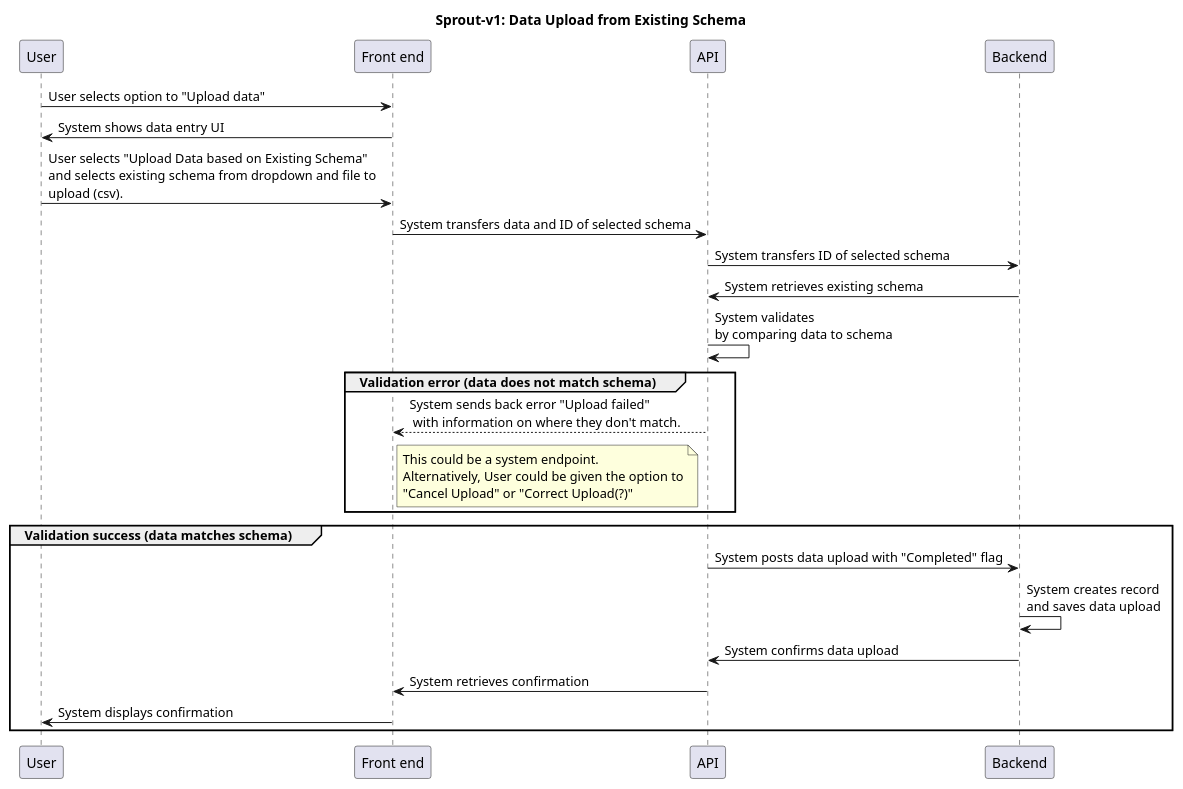
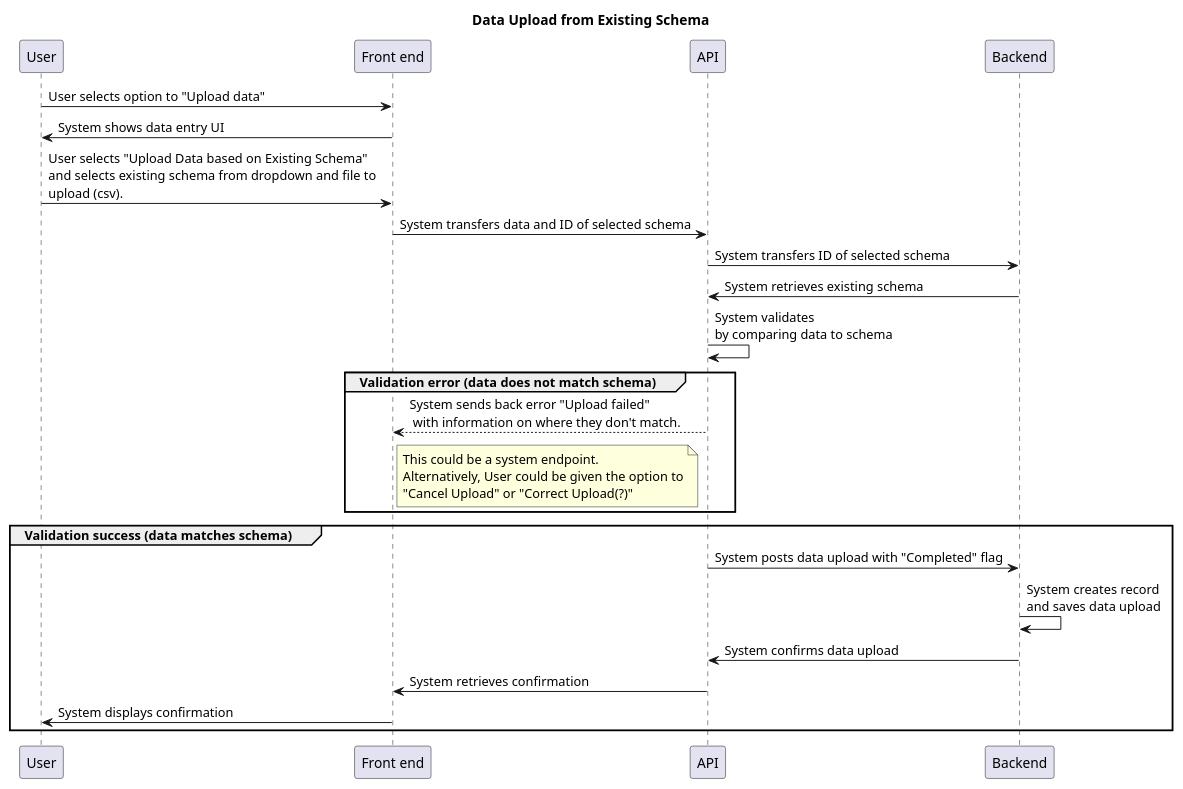
The diagram in docs/design/images/data-upload-sequence.puml (signekb/seedcase-sprout), drawn with PlantUML before and after one commit. The commit also changed 2 other files, not shown here.

```diff
--- a/docs/design/images/data-upload-sequence.puml
+++ b/docs/design/images/data-upload-sequence.puml
@@ -1,38 +1,38 @@
-@startuml sprout-v1-data-upload-sequence
+@startuml data-upload-sequence
 
-title Sprout-v1: Data Upload from Existing Schema
+title Data Upload from Existing Schema
 ' User uploads data to existing data schema
 
 'Question: Will this process be identical for initial and subsequent uploads? 
 'I'm guessing not? Should we create a new sequence diagram for that?
 
 participant "User" as u
 participant "Front end" as f
 participant "API" as api
 participant "Backend" as b
 
 u -> f: User selects option to "Upload data"
 f -> u: System shows data entry UI
 u -> f: User selects "Upload Data based on Existing Schema"\nand selects existing schema from dropdown and file to\nupload (csv).
 f -> api: System transfers data and ID of selected schema
 api -> b: System transfers ID of selected schema 
 b -> api: System retrieves existing schema
 api -> api: System validates\nby comparing data to schema
 
 group Validation error (data does not match schema)
     api --> f: System sends back error "Upload failed"\n with information on where they don't match.
     note right of f
         This could be a system endpoint.
         Alternatively, User could be given the option to
         "Cancel Upload" or "Correct Upload(?)"
     end note
 end
 group Validation success (data matches schema)
     api -> b: System posts data upload with "Completed" flag
     b -> b : System creates record\nand saves data upload
     b -> api: System confirms data upload
     api -> f: System retrieves confirmation
     f -> u: System displays confirmation
 end
 
 @enduml
```
